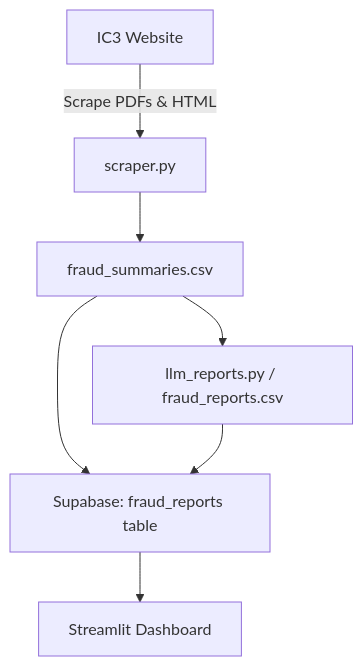
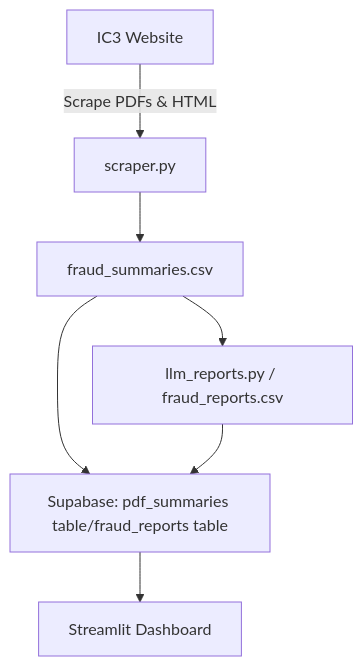
Before and after one commit to JaysonAllman/DTSC-Fraud-Project: the diagram in README.md, drawn with Mermaid.

````diff
--- a/README.md
+++ b/README.md
@@ -44,9 +44,9 @@
 ```mermaid
 graph TD
     A[IC3 Website] -->|Scrape PDFs & HTML| B[scraper.py]
     B --> C[fraud_summaries.csv]
     C --> D[llm_reports.py / fraud_reports.csv]
     C --> E[Supabase: pdf_summaries table]
-    D --> E[Supabase: fraud_reports table]
+    D --> E[Supabase: pdf_summaries table/fraud_reports table]
     E --> F[Streamlit Dashboard]
 ```
````
